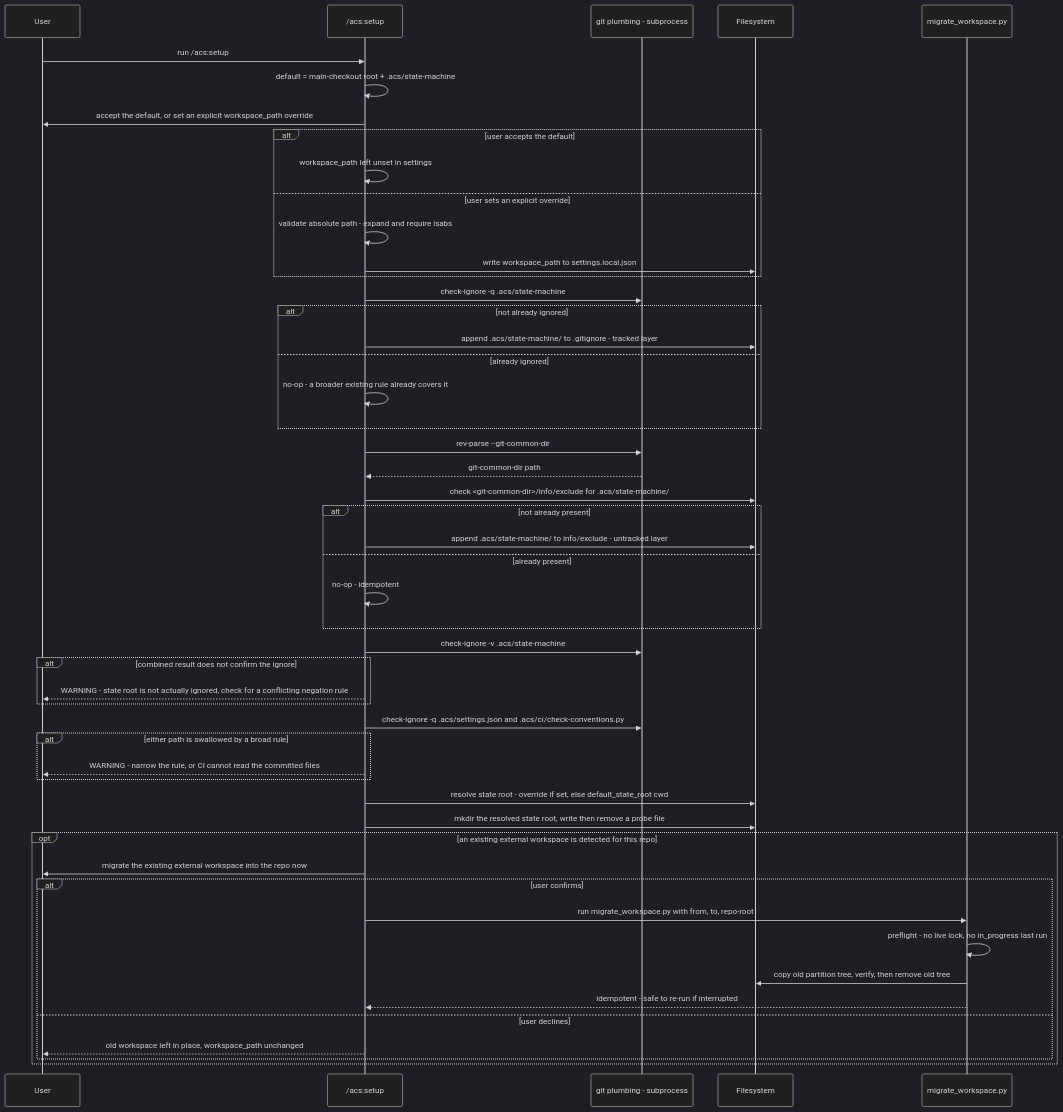
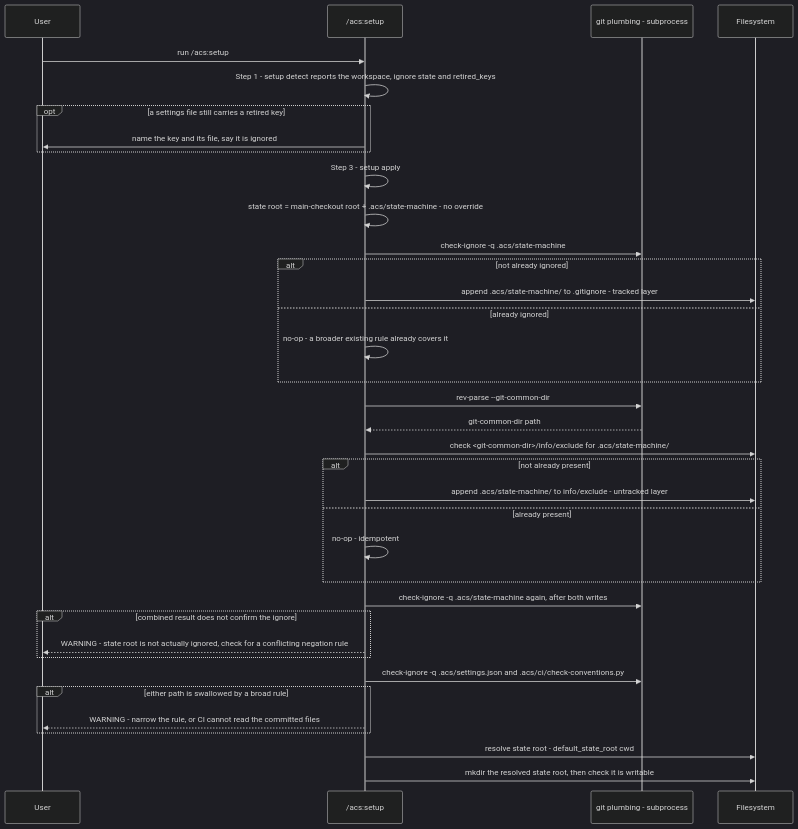
Before and after one commit to globalmindsolution/gms-marketplace: the diagram in docs/architecture/lld/flows/setup-state-root-setup.md, drawn with Mermaid (dark theme). The commit also changed other lines of this file and 1036 other files, not shown here.

````diff
--- a/docs/architecture/lld/flows/setup-state-root-setup.md
+++ b/docs/architecture/lld/flows/setup-state-root-setup.md
@@ -15,53 +22,39 @@
 ```mermaid
 sequenceDiagram
     participant User
     participant Init as /acs:setup
     participant Git as git plumbing - subprocess
     participant FS as Filesystem
-    participant Mig as migrate_workspace.py
 
     User->>Init: run /acs:setup
-    Init->>Init: default = main-checkout root + .acs/state-machine
-    Init->>User: accept the default, or set an explicit workspace_path override
-    alt user accepts the default
-        Init->>Init: workspace_path left unset in settings
-    else user sets an explicit override
-        Init->>Init: validate absolute path - expand and require isabs
-        Init->>FS: write workspace_path to settings.local.json
+    Init->>Init: Step 1 - setup detect reports the workspace, ignore state and retired_keys
+    opt a settings file still carries a retired key
+        Init->>User: name the key and its file, say it is ignored
     end
+    Init->>Init: Step 3 - setup apply
+    Init->>Init: state root = main-checkout root + .acs/state-machine - no override
     Init->>Git: check-ignore -q .acs/state-machine
     alt not already ignored
         Init->>FS: append .acs/state-machine/ to .gitignore - tracked layer
     else already ignored
         Init->>Init: no-op - a broader existing rule already covers it
     end
     Init->>Git: rev-parse --git-common-dir
     Git-->>Init: git-common-dir path
     Init->>FS: check <git-common-dir>/info/exclude for .acs/state-machine/
     alt not already present
         Init->>FS: append .acs/state-machine/ to info/exclude - untracked layer
     else already present
         Init->>Init: no-op - idempotent
     end
-    Init->>Git: check-ignore -v .acs/state-machine
+    Init->>Git: check-ignore -q .acs/state-machine again, after both writes
     alt combined result does not confirm the ignore
         Init-->>User: WARNING - state root is not actually ignored, check for a conflicting negation rule
     end
     Init->>Git: check-ignore -q .acs/settings.json and .acs/ci/check-conventions.py
     alt either path is swallowed by a broad rule
         Init-->>User: WARNING - narrow the rule, or CI cannot read the committed files
     end
-    Init->>FS: resolve state root - override if set, else default_state_root cwd
-    Init->>FS: mkdir the resolved state root, write then remove a probe file
-    opt an existing external workspace is detected for this repo
-        Init->>User: migrate the existing external workspace into the repo now
-        alt user confirms
-            Init->>Mig: run migrate_workspace.py with from, to, repo-root
-            Mig->>Mig: preflight - no live lock, no in_progress last run
-            Mig->>FS: copy old partition tree, verify, then remove old tree
-            Mig-->>Init: idempotent - safe to re-run if interrupted
-        else user declines
-            Init-->>User: old workspace left in place, workspace_path unchanged
-        end
-    end
+    Init->>FS: resolve state root - default_state_root cwd
+    Init->>FS: mkdir the resolved state root, then check it is writable
 ```
````
